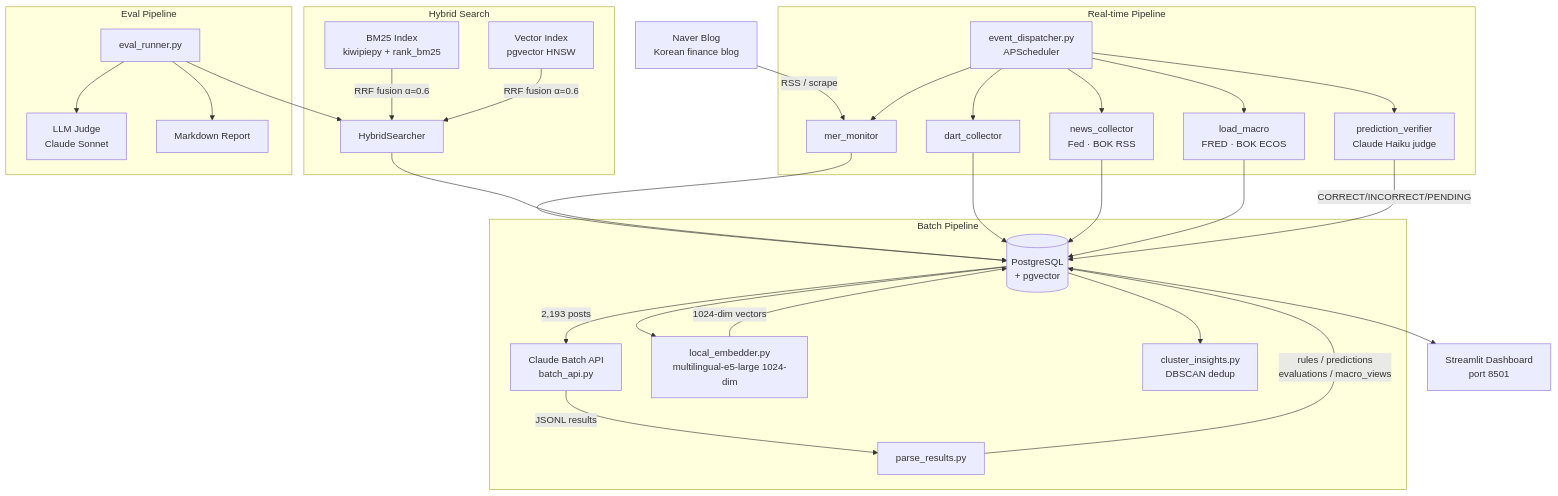
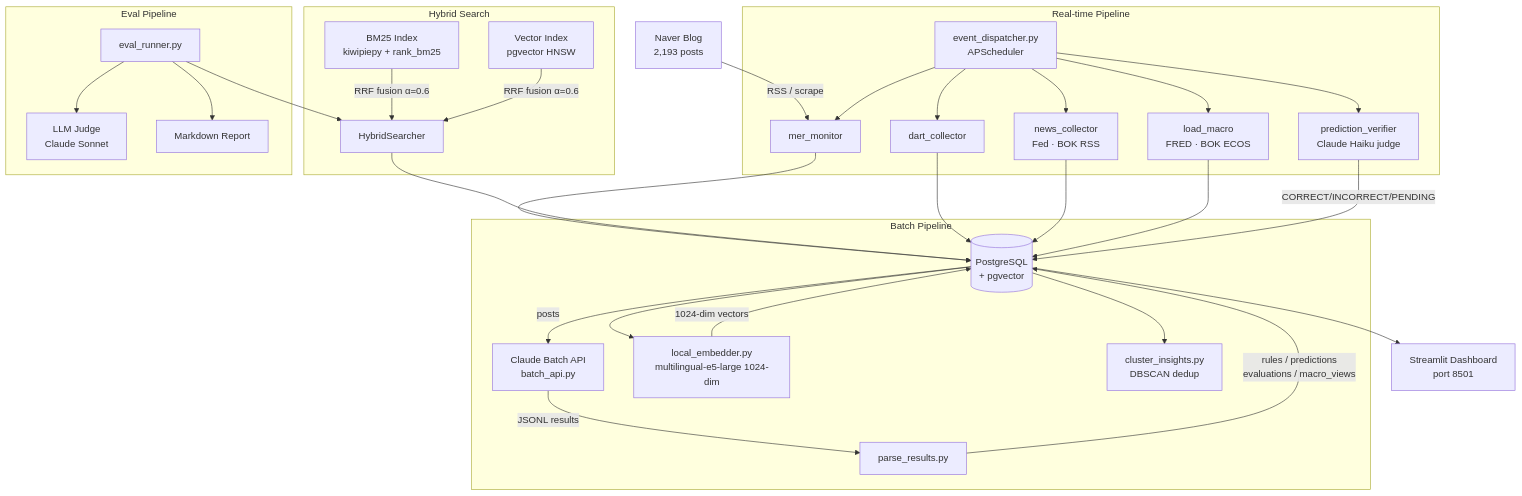
Before and after one commit to 11e3/mer-insight-pipeline: the diagram in README.md, drawn with Mermaid. The commit also changed other lines of this file and 2 other files, not shown here.

````diff
--- a/README.md
+++ b/README.md
@@ -16,41 +17,40 @@
 ```mermaid
 flowchart TD
-    A[Naver Blog<br>Korean finance blog] -->|RSS / scrape| B[mer_monitor]
+    A[Naver Blog<br>2,193 posts] -->|RSS / scrape| B[mer_monitor]
     B --> C[(PostgreSQL<br>+ pgvector)]
 
     subgraph Batch Pipeline
-        C -->|2,193 posts| D[Claude Batch API<br>batch_api.py]
+        C -->|posts| D[Claude Batch API<br>batch_api.py]
         D -->|JSONL results| E[parse_results.py]
         E -->|rules / predictions<br>evaluations / macro_views| C
         C --> F[local_embedder.py<br>multilingual-e5-large 1024-dim]
         F -->|1024-dim vectors| C
         C --> G[cluster_insights.py<br>DBSCAN dedup]
     end
 
     subgraph Hybrid Search
         HS1[BM25 Index<br>kiwipiepy + rank_bm25]
         HS2[Vector Index<br>pgvector HNSW]
         HS1 & HS2 -->|RRF fusion α=0.6| HS3[HybridSearcher]
     end
 
     HS3 --> C
 
     subgraph Real-time Pipeline
         ED[event_dispatcher.py<br>APScheduler] --> B
         ED --> DC[dart_collector]
         ED --> NC[news_collector<br>Fed · BOK RSS]
         ED --> LM[load_macro<br>FRED · BOK ECOS]
         ED --> PV[prediction_verifier<br>Claude Haiku judge]
         DC & NC & LM --> C
         PV -->|CORRECT/INCORRECT/PENDING| C
     end
 
-
     subgraph Eval Pipeline
         EV[eval_runner.py] --> HS3
         EV --> LJ[LLM Judge<br>Claude Sonnet]
         EV --> RPT[Markdown Report]
     end
 
     C --> Q[Streamlit Dashboard<br>port 8501]
 ```
````
